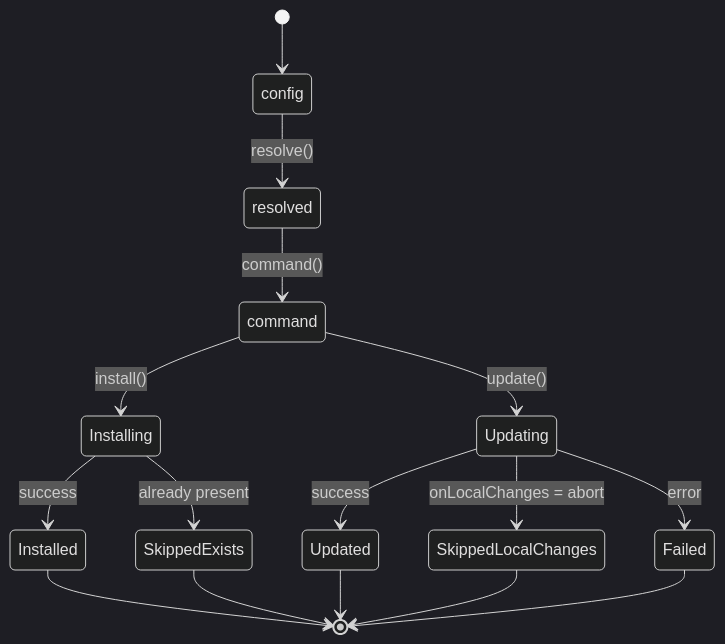
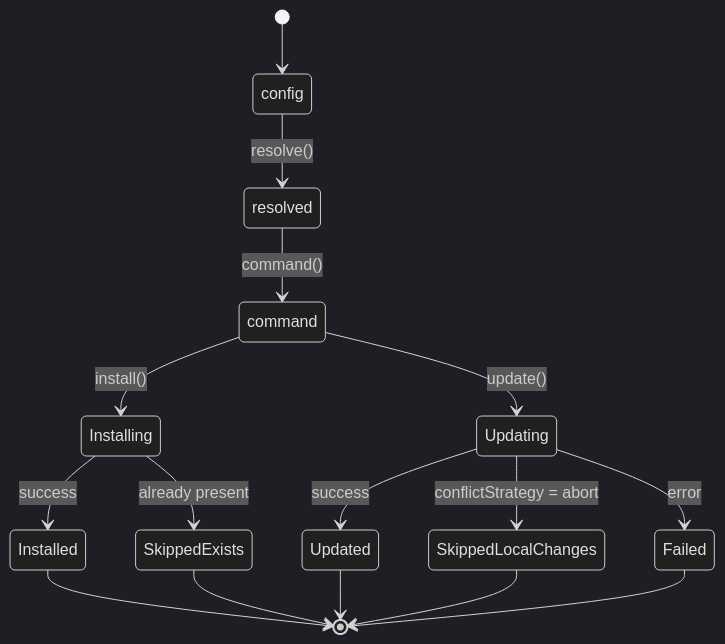
The fourth of 5 diagrams in docs/architecture/reference/pipeline.md (muescha/SpoonManager.spoon), drawn with Mermaid (dark theme) before and after one commit. The commit also changed other lines of this file and 7 other files, not shown here.

First line of the commit message:
Propagate naming/installOptions/conflictStrategy renames into docs

````diff
--- a/docs/architecture/reference/pipeline.md
+++ b/docs/architecture/reference/pipeline.md
@@ -107,18 +107,18 @@
 ```mermaid
 stateDiagram-v2
   [*] --> config
   config --> resolved: resolve()
   resolved --> command: command()
   command --> Installing: install()
   command --> Updating: update()
   Installing --> Installed: success
   Installing --> SkippedExists: already present
   Updating --> Updated: success
-  Updating --> SkippedLocalChanges: onLocalChanges = abort
+  Updating --> SkippedLocalChanges: conflictStrategy = abort
   Updating --> Failed: error
   Installed --> [*]
   Updated --> [*]
   SkippedExists --> [*]
   SkippedLocalChanges --> [*]
   Failed --> [*]
 ```
````
